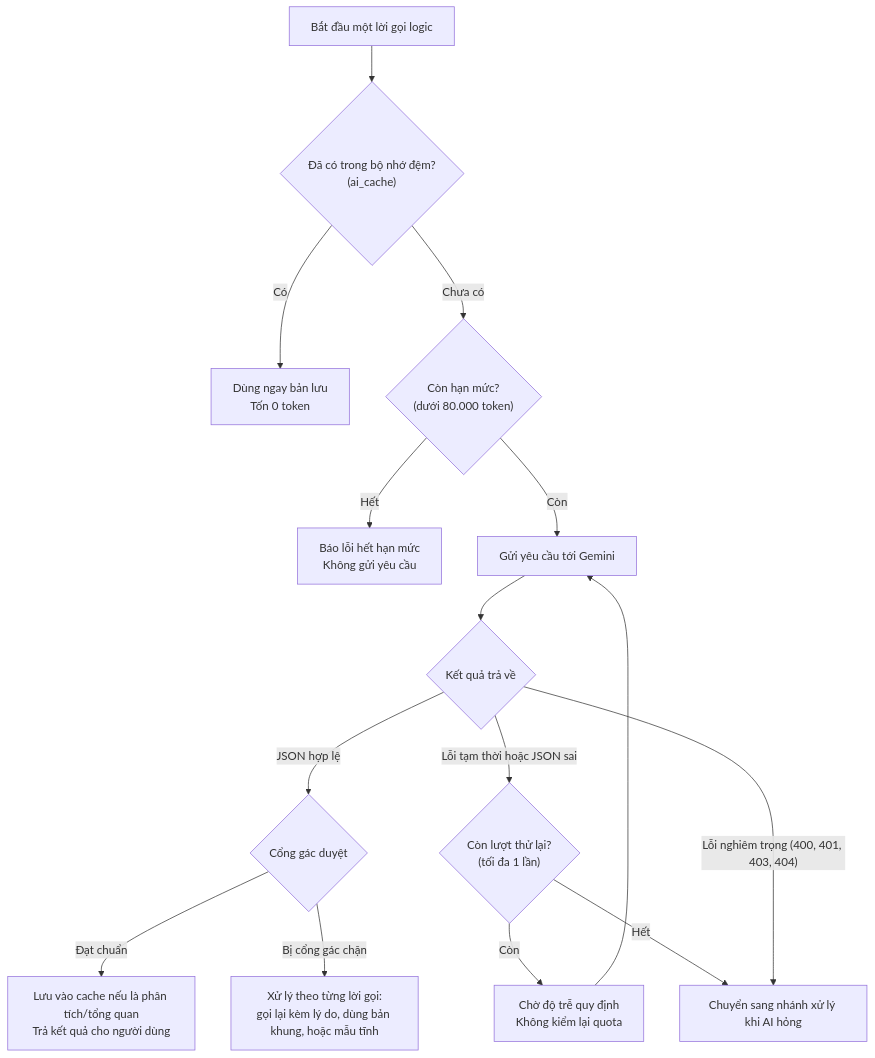
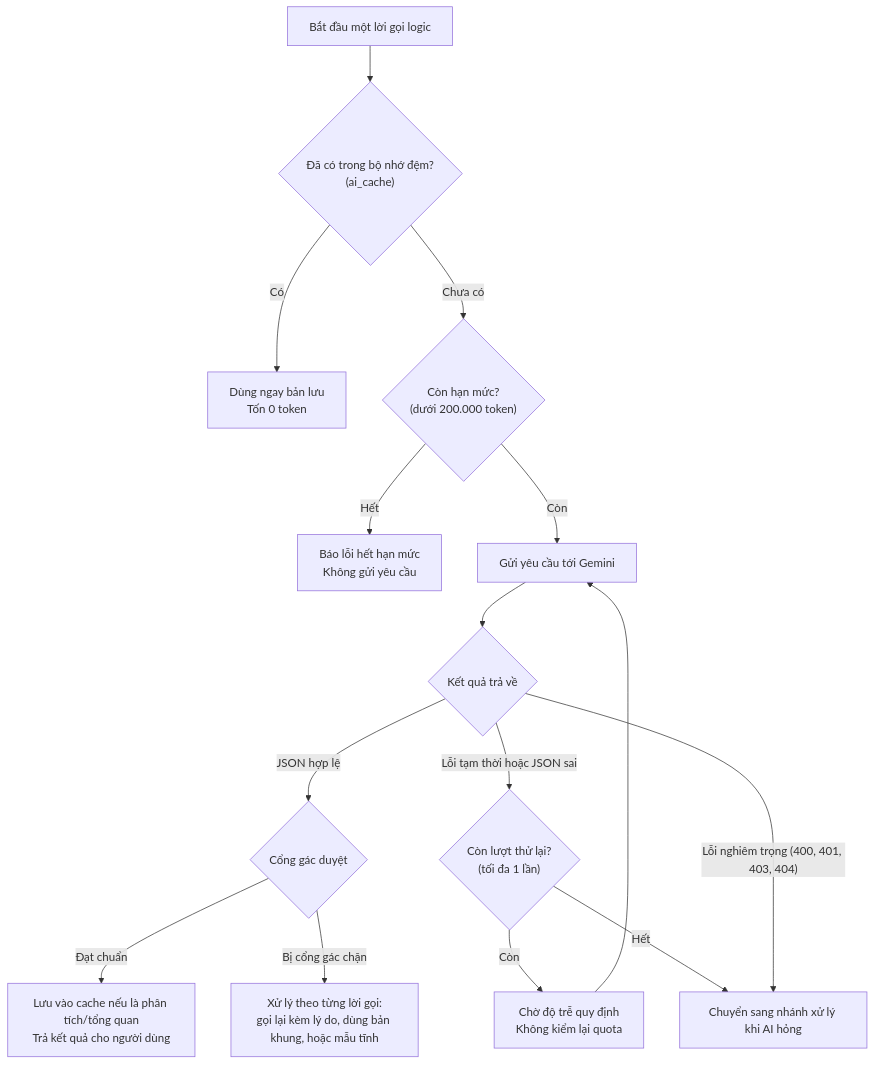
Before and after one commit to huynhthanhnhannnh-pixel/Hackathon_SGU: the second of 5 diagrams in doc-de-hieu/03_ai_va_cong_gac.md, drawn with Mermaid. The commit also changed other lines of this file and 9 other files, not shown here.

Commit message:
docs(spec): D-62 — quota 200.000 token, ENGINE_VERSION 1.4.0, chuyển kiểu dùng chung vào spec/02

````diff
--- a/doc-de-hieu/03_ai_va_cong_gac.md
+++ b/doc-de-hieu/03_ai_va_cong_gac.md
@@ -68,16 +68,16 @@
 ```mermaid
 flowchart TD
   START["Bắt đầu một lời gọi logic"] --> CACHE_CHECK{"Đã có trong bộ nhớ đệm?<br/>(ai_cache)"}
   CACHE_CHECK -- "Có" --> USE_CACHE["Dùng ngay bản lưu<br/>Tốn 0 token"]
-  CACHE_CHECK -- "Chưa có" --> QUOTA_CHECK{"Còn hạn mức?<br/>(dưới 80.000 token)"}
+  CACHE_CHECK -- "Chưa có" --> QUOTA_CHECK{"Còn hạn mức?<br/>(dưới 200.000 token)"}
   QUOTA_CHECK -- "Hết" --> ERR_QUOTA["Báo lỗi hết hạn mức<br/>Không gửi yêu cầu"]
   QUOTA_CHECK -- "Còn" --> CALL["Gửi yêu cầu tới Gemini"]
   CALL --> RESULT{"Kết quả trả về"}
   RESULT -- "JSON hợp lệ" --> GATE{"Cổng gác duyệt"}
   GATE -- "Đạt chuẩn" --> SUCCESS["Lưu vào cache nếu là phân tích/tổng quan<br/>Trả kết quả cho người dùng"]
   GATE -- "Bị cổng gác chặn" --> HANDLE_BLOCK["Xử lý theo từng lời gọi:<br/>gọi lại kèm lý do, dùng bản khung, hoặc mẫu tĩnh"]
   RESULT -- "Lỗi tạm thời hoặc JSON sai" --> RETRY_CHECK{"Còn lượt thử lại?<br/>(tối đa 1 lần)"}
   RETRY_CHECK -- "Còn" --> DELAY["Chờ độ trễ quy định<br/>Không kiểm lại quota"] --> CALL
   RETRY_CHECK -- "Hết" --> FAIL["Chuyển sang nhánh xử lý khi AI hỏng"]
   RESULT -- "Lỗi nghiêm trọng (400, 401, 403, 404)" --> FAIL
 ```
````
